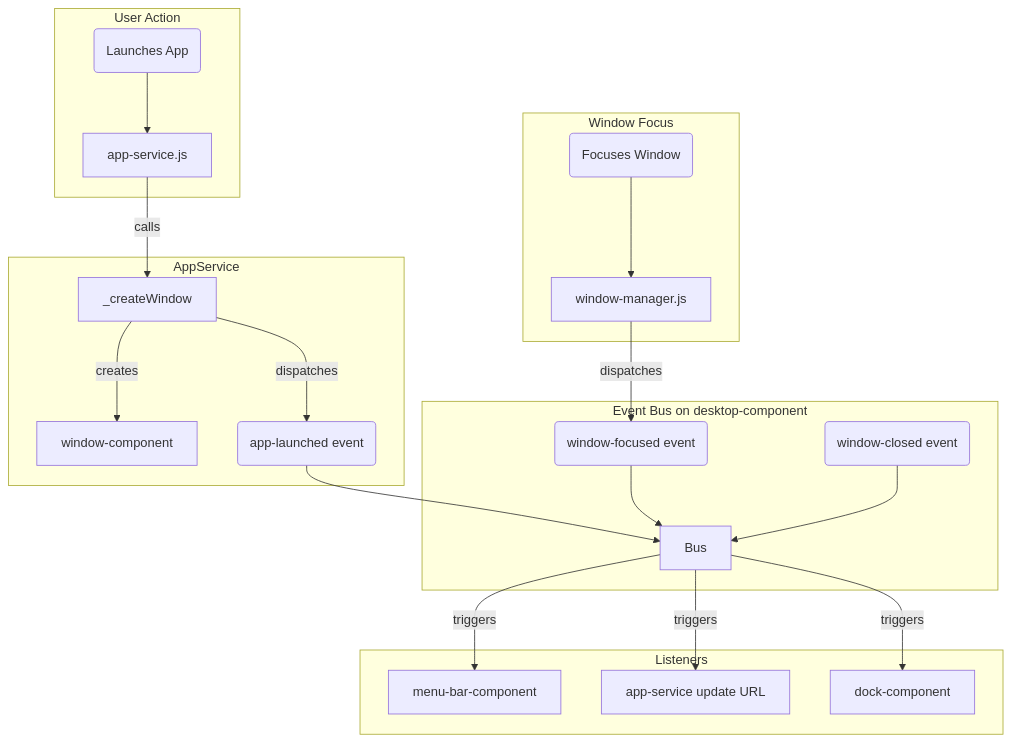
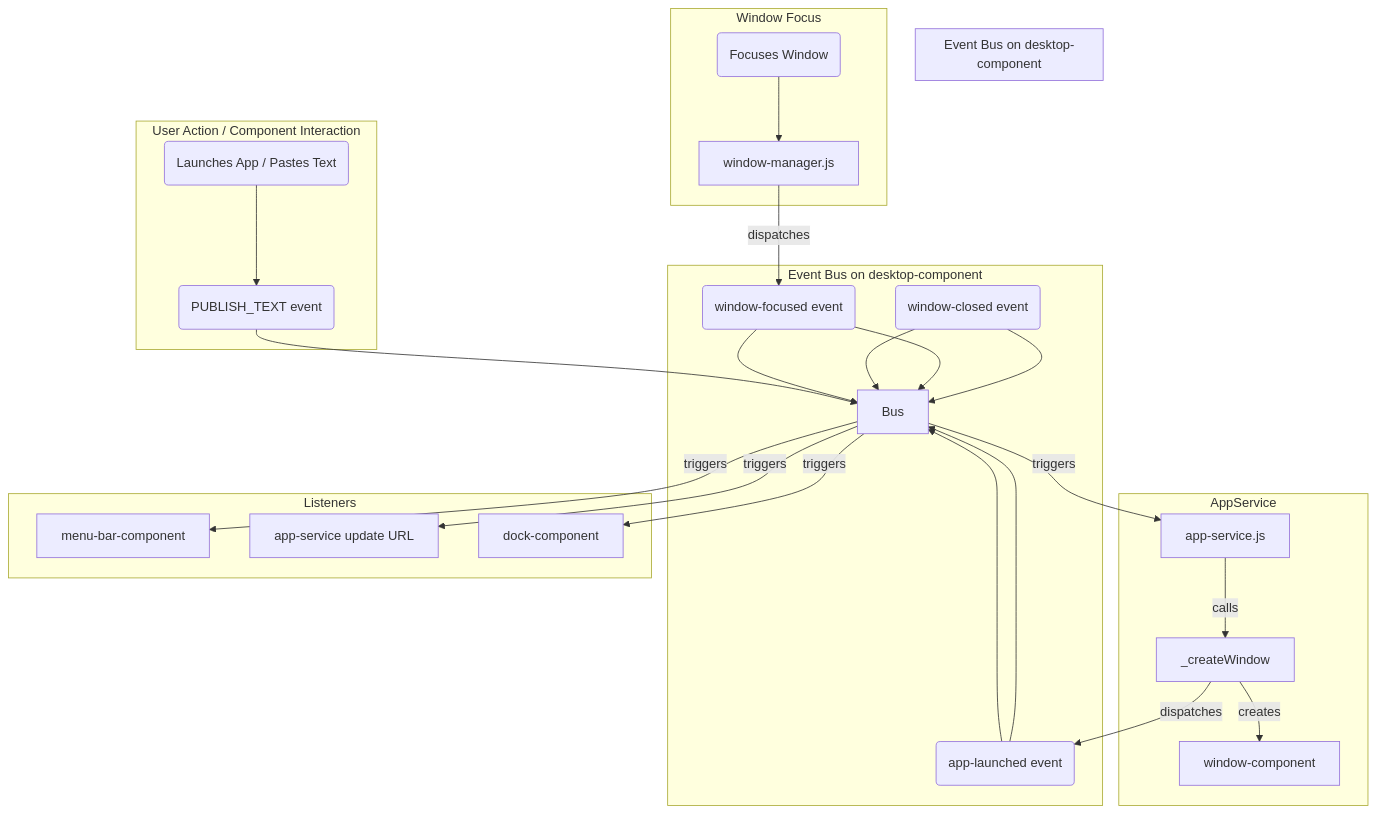
One commit to weolopez/desktop changed the diagram in app-service-refactor-plan.md. Above: the diagram before and after it, drawn with Mermaid. The commit also changed other lines of this file and 5 other files, not shown here.

Commit message:
feat: implement event-driven architecture by introducing PUBLISH_TEXT event for text processing across components

````diff
--- a/app-service-refactor-plan.md
+++ b/app-service-refactor-plan.md
@@ -51,29 +53,37 @@
 ```mermaid
 graph TD
-    subgraph "User Action"
-        UA(Launches App) --> AS;
+    subgraph "User Action / Component Interaction"
+        UA(Launches App / Pastes Text) --> PT(PUBLISH_TEXT event);
+    end
+
+    subgraph "Event Bus on desktop-component"
+        PT --> Bus;
+        AL(app-launched event) --> Bus;
+        WF(window-focused event) --> Bus;
+        WC_Event(window-closed event) --> Bus;
     end
 
     subgraph "AppService"
-        AS[app-service.js] -- calls --> CW[_createWindow];
+        Bus -- triggers --> AS[app-service.js];
+        AS -- calls --> CW[_createWindow];
         CW -- creates --> WC[window-component];
-        CW -- dispatches --> AL(app-launched event);
+        CW -- dispatches --> AL;
     end
 
     subgraph "Event Bus on desktop-component"
         AL --> Bus;
         WF(window-focused event) --> Bus;
         WC_Event(window-closed event) --> Bus;
     end
 
     subgraph "Listeners"
         Bus -- triggers --> MB[menu-bar-component];
         Bus -- triggers --> URL[app-service update URL];
         Bus -- triggers --> Dock[dock-component];
     end
 
     subgraph "Window Focus"
         F(Focuses Window) --> WM;
         WM[window-manager.js] -- dispatches --> WF;
     end
 ```
````
